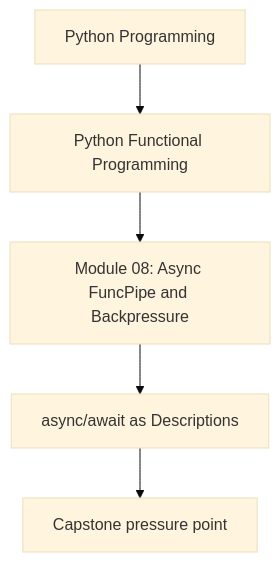
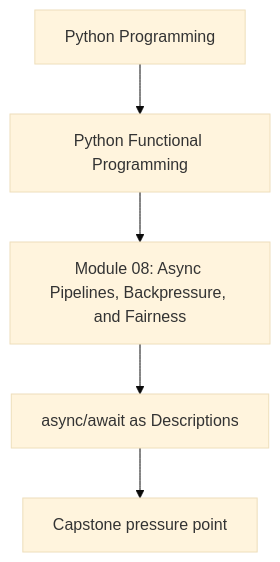
Before and after one commit to bijux/bijux-masterclass: the first of 2 diagrams in programs/python-programming/python-functional-programming/course-book/module-08-async-funcpipe-and-backpressure/async-await-as-descriptions.md, drawn with Mermaid (base theme). The commit also changed 241 other files, not shown here.

````diff
--- a/programs/python-programming/python-functional-programming/course-book/module-08-async-funcpipe-and-backpressure/async-await-as-descriptions.md
+++ b/programs/python-programming/python-functional-programming/course-book/module-08-async-funcpipe-and-backpressure/async-await-as-descriptions.md
@@ -6,7 +6,7 @@
 ```mermaid
 flowchart TD
   family["Python Programming"] --> program["Python Functional Programming"]
-  program --> module["Module 08: Async FuncPipe and Backpressure"]
+  program --> module["Module 08: Async Pipelines, Backpressure, and Fairness"]
   module --> concept["async/await as Descriptions"]
   concept --> capstone["Capstone pressure point"]
 ```
````
